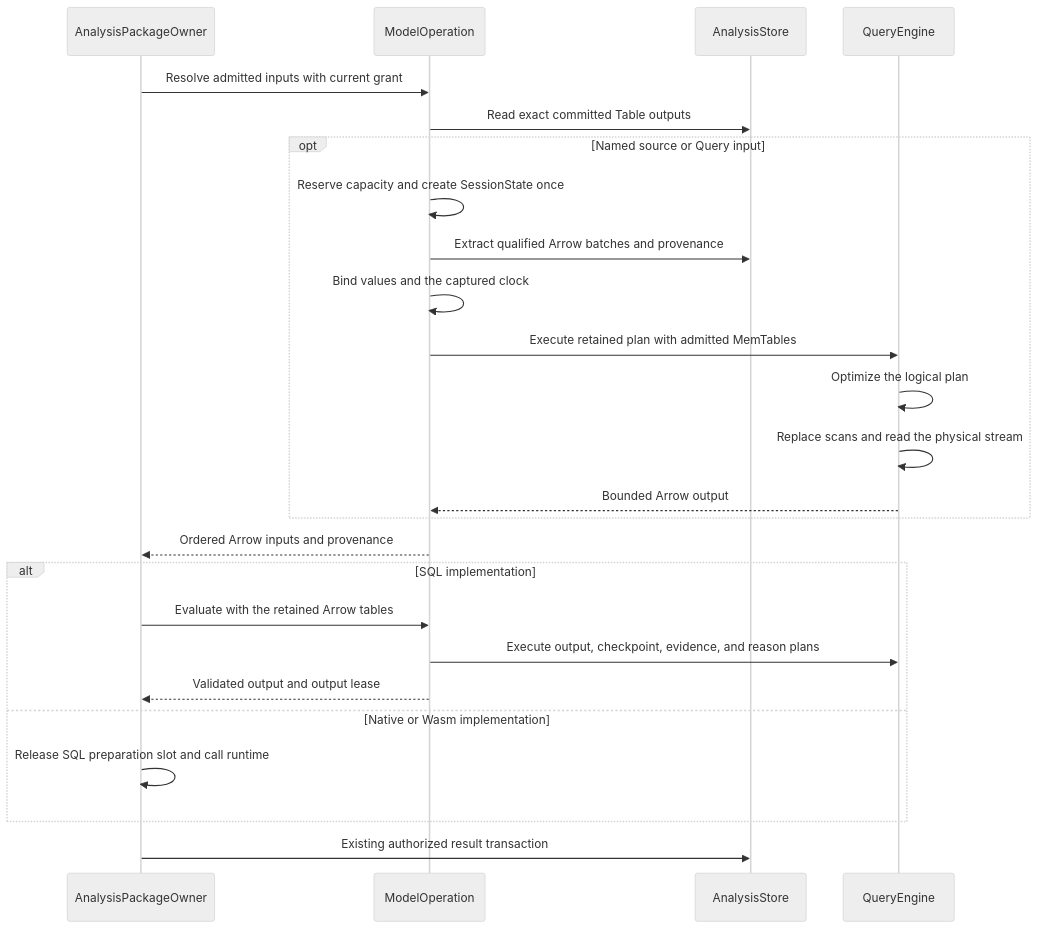
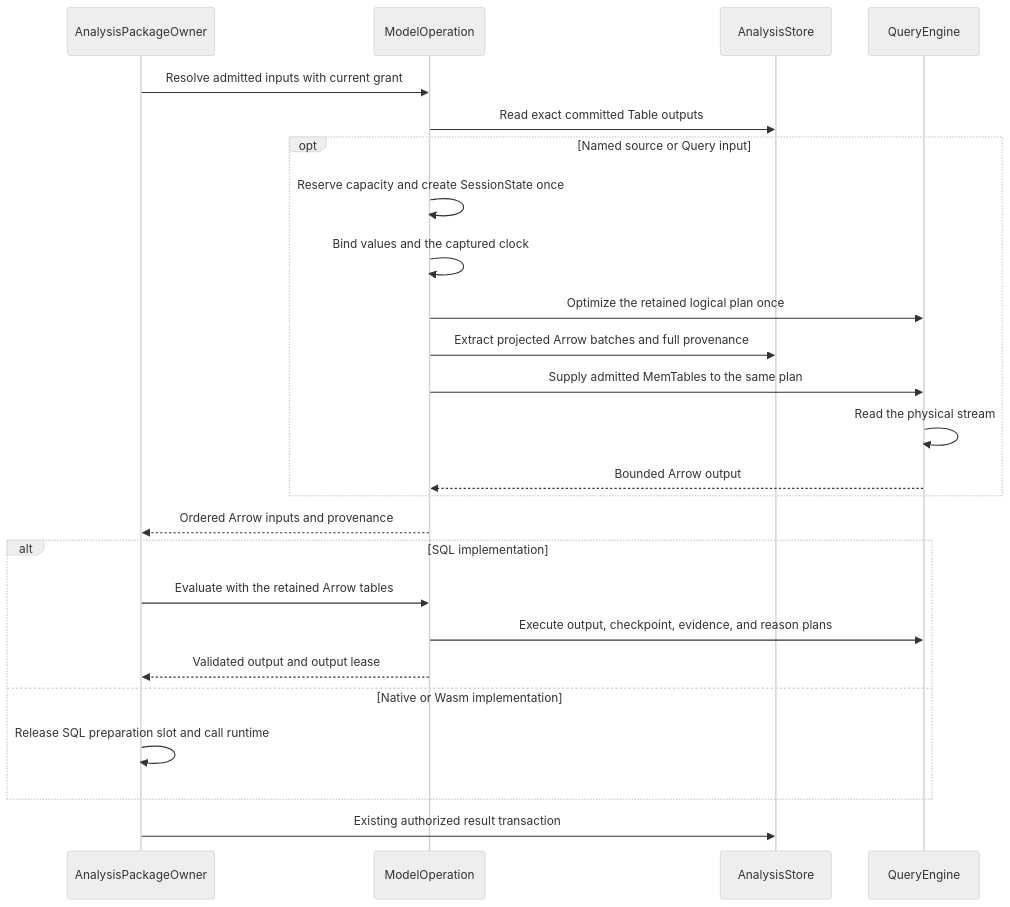
Before and after one commit to Ereborlabs/erebor-runtime: the diagram in docs/guides/araphor-sql-operation-review.md, drawn with Mermaid (neutral theme). The commit also changed other lines of this file and 16 other files, not shown here.

````diff
--- a/docs/guides/araphor-sql-operation-review.md
+++ b/docs/guides/araphor-sql-operation-review.md
@@ -39,27 +39,27 @@
 ```mermaid
 sequenceDiagram
     participant Package as AnalysisPackageOwner
     participant Input as ModelOperation
     participant Store as AnalysisStore
     participant Engine as QueryEngine
     Package->>Input: Resolve admitted inputs with current grant
     Input->>Store: Read exact committed Table outputs
     opt Named source or Query input
         Input->>Input: Reserve capacity and create SessionState once
-        Input->>Store: Extract qualified Arrow batches and provenance
         Input->>Input: Bind values and the captured clock
-        Input->>Engine: Execute retained plan with admitted MemTables
-        Engine->>Engine: Optimize the logical plan
-        Engine->>Engine: Replace scans and read the physical stream
+        Input->>Engine: Optimize the retained logical plan once
+        Input->>Store: Extract projected Arrow batches and full provenance
+        Input->>Engine: Supply admitted MemTables to the same plan
+        Engine->>Engine: Read the physical stream
         Engine-->>Input: Bounded Arrow output
     end
     Input-->>Package: Ordered Arrow inputs and provenance
     alt SQL implementation
         Package->>Input: Evaluate with the retained Arrow tables
         Input->>Engine: Execute output, checkpoint, evidence, and reason plans
         Input-->>Package: Validated output and output lease
     else Native or Wasm implementation
         Package->>Package: Release SQL preparation slot and call runtime
     end
     Package->>Store: Existing authorized result transaction
 ```
````
